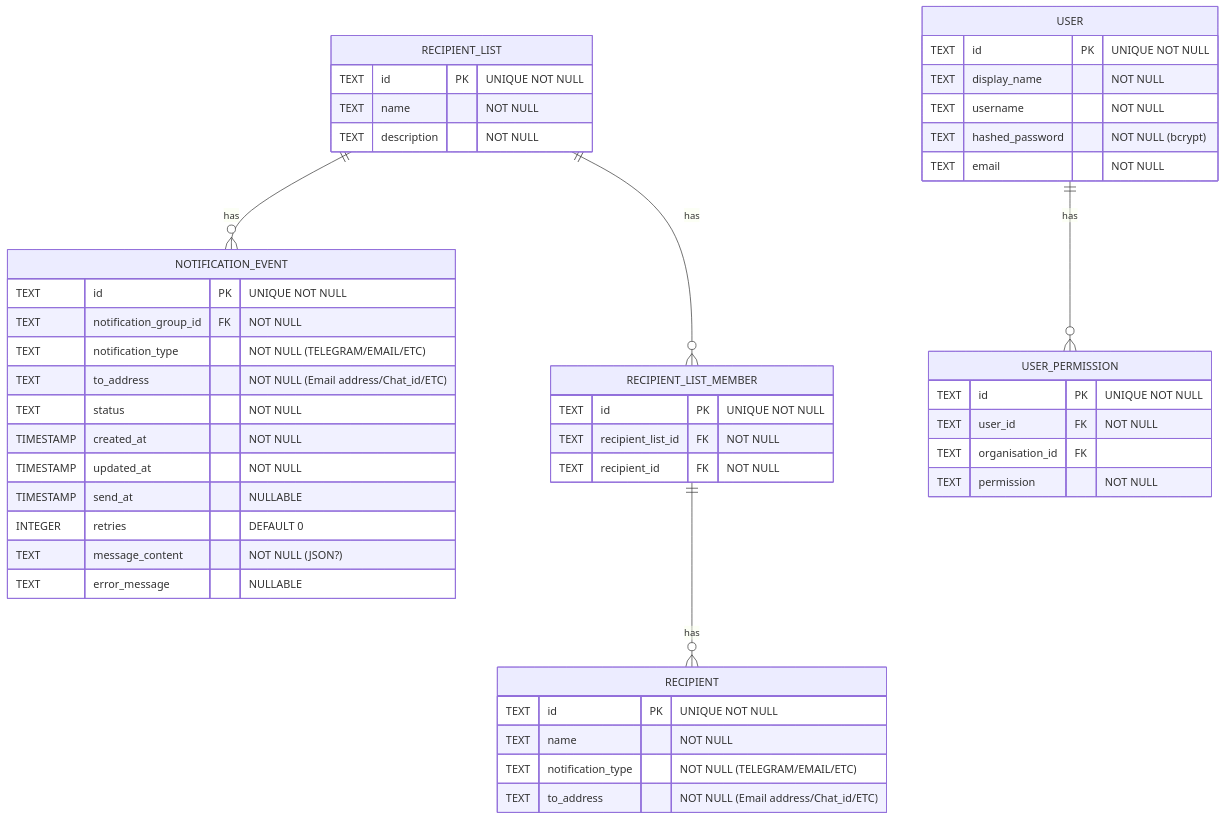
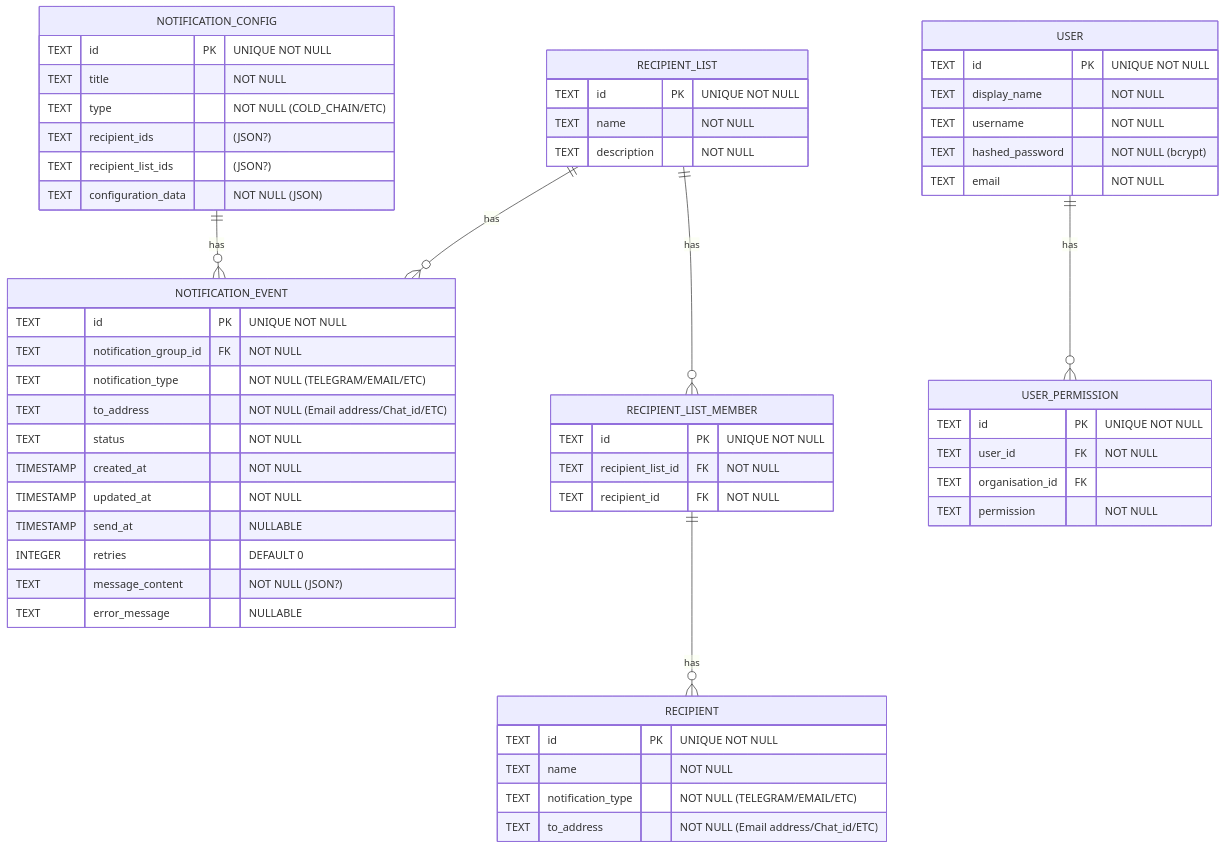
The diagram in docs/schema.md (openmsupply/notify), drawn with Mermaid before and after one commit. The commit also changed other lines of this file, not shown here.

Commit message:
Update schema adding Notification Config

````diff
--- a/docs/schema.md
+++ b/docs/schema.md
@@ -10,49 +20,59 @@
 ```mermaid
 erDiagram
+    NOTIFICATION_CONFIG{
+        TEXT id PK "UNIQUE NOT NULL"
+        TEXT title "NOT NULL"
+        TEXT type "NOT NULL (COLD_CHAIN/ETC)"
+        TEXT recipient_ids "(JSON?)"
+        TEXT recipient_list_ids "(JSON?)"
+        TEXT configuration_data "NOT NULL (JSON)"
+
+    }
     NOTIFICATION_EVENT {
         TEXT id PK "UNIQUE NOT NULL"
         TEXT notification_group_id FK "NOT NULL"
         TEXT notification_type "NOT NULL (TELEGRAM/EMAIL/ETC)"
         TEXT to_address "NOT NULL (Email address/Chat_id/ETC)"
         TEXT status "NOT NULL"
         TIMESTAMP created_at "NOT NULL"
         TIMESTAMP updated_at "NOT NULL"
         TIMESTAMP send_at "NULLABLE"
         INTEGER retries "DEFAULT 0"
         TEXT message_content "NOT NULL (JSON?)"
         TEXT error_message "NULLABLE"
     }
     RECIPIENT_LIST {
         TEXT id PK "UNIQUE NOT NULL"
         TEXT name "NOT NULL"
         TEXT description "NOT NULL"
     }
     RECIPIENT_LIST_MEMBER {
         TEXT id PK "UNIQUE NOT NULL"
         TEXT recipient_list_id FK "NOT NULL"
         TEXT recipient_id FK "NOT NULL"
     }
     RECIPIENT {
         TEXT id PK "UNIQUE NOT NULL"
         TEXT name "NOT NULL"
         TEXT notification_type "NOT NULL (TELEGRAM/EMAIL/ETC)"
         TEXT to_address "NOT NULL (Email address/Chat_id/ETC)"
     }
     USER {
 	    TEXT id PK "UNIQUE NOT NULL"
 	    TEXT display_name "NOT NULL"
         TEXT username  "NOT NULL"
         TEXT hashed_password "NOT NULL (bcrypt)"
         TEXT email "NOT NULL"
     }
     USER_PERMISSION {
 	    TEXT id PK "UNIQUE NOT NULL"
         TEXT user_id FK "NOT NULL"
         TEXT organisation_id FK ""
 	    TEXT permission "NOT NULL"
     }
+    NOTIFICATION_CONFIG ||--o{ NOTIFICATION_EVENT : has
     RECIPIENT_LIST ||--o{ NOTIFICATION_EVENT : has
     RECIPIENT_LIST ||--o{ RECIPIENT_LIST_MEMBER : has
     RECIPIENT_LIST_MEMBER ||--o{ RECIPIENT : has
     USER ||--o{ USER_PERMISSION : has
 ```
````
